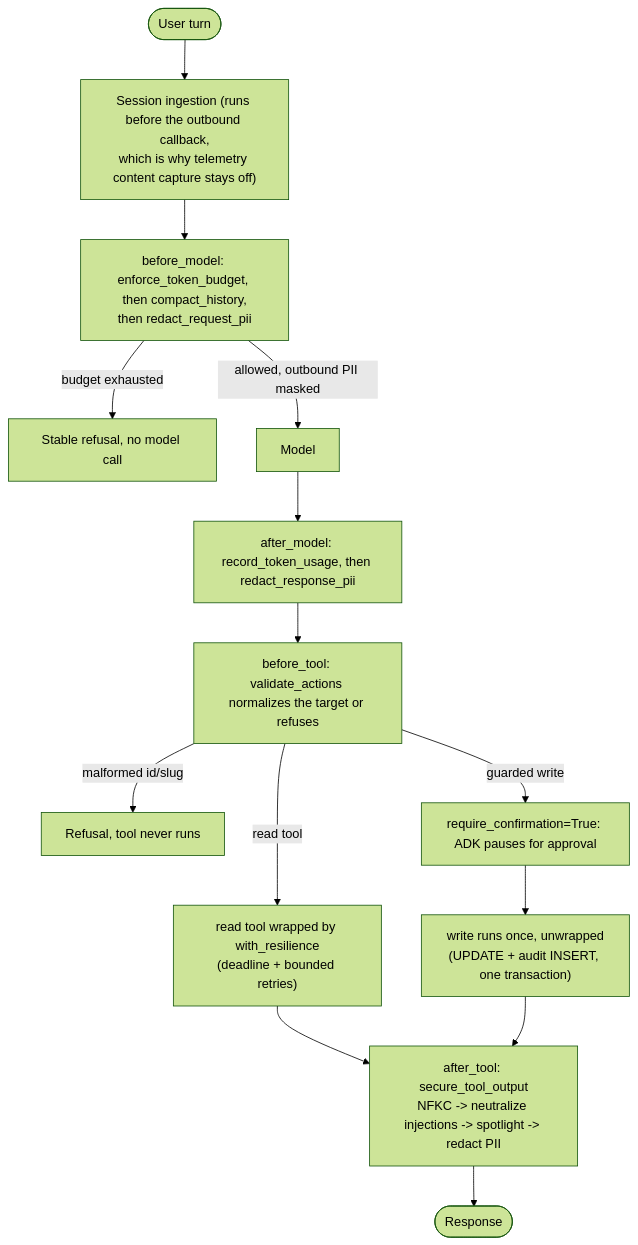
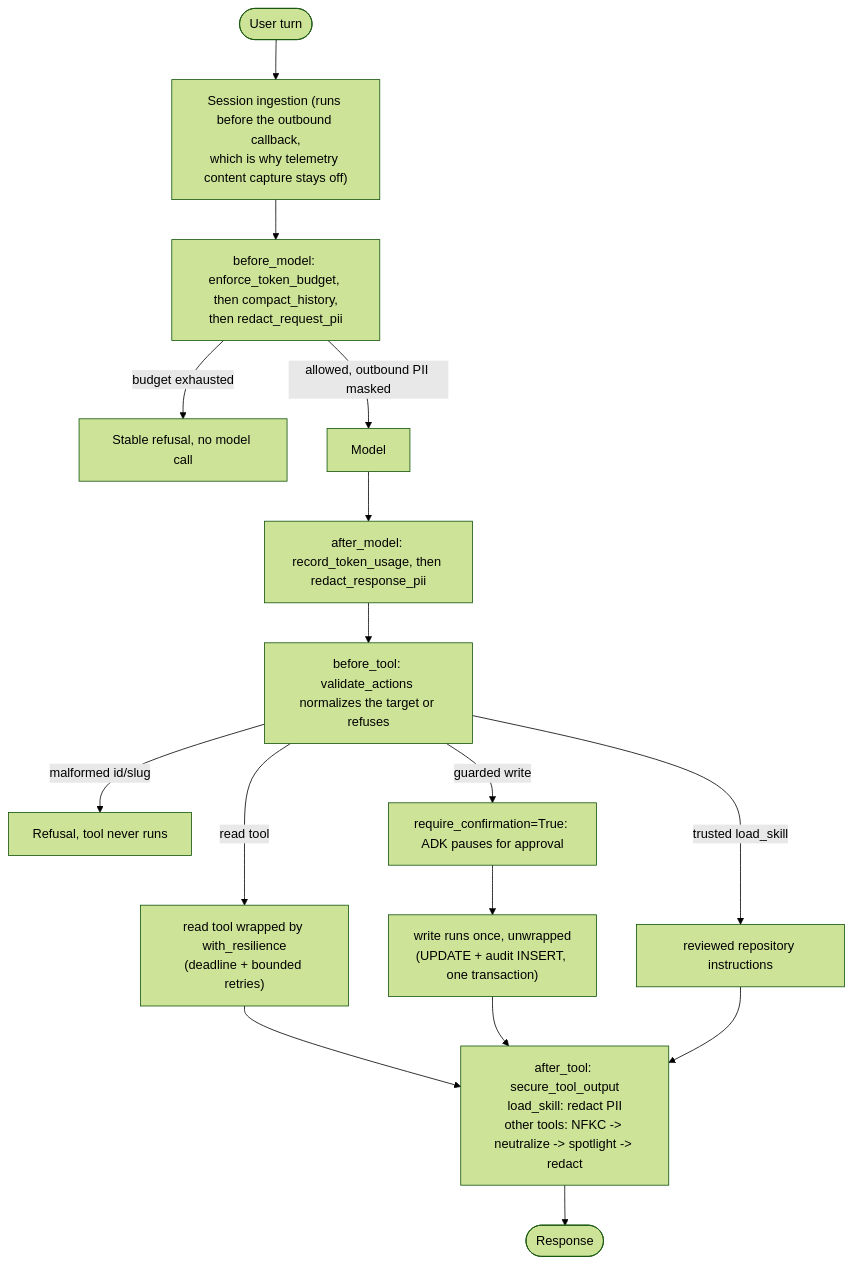
Before and after one commit to LuiGGi629/agentops-open-course: the first of 4 diagrams in docs/4. Quality/4.5. Guardrails.md, drawn with Mermaid (forest theme). The commit also changed other lines of this file and 19 other files, not shown here.

````diff
--- a/docs/4. Quality/4.5. Guardrails.md
+++ b/docs/4. Quality/4.5. Guardrails.md
@@ -25,16 +25,18 @@
 ```mermaid
 flowchart TD
     U([User turn]) --> S["Session ingestion (runs before the outbound callback,<br/>which is why telemetry content capture stays off)"]
     S --> BM["before_model: enforce_token_budget, then compact_history,<br/>then redact_request_pii"]
     BM -->|budget exhausted| X1[Stable refusal, no model call]
     BM -->|allowed, outbound PII masked| M[Model]
     M --> AM["after_model: record_token_usage, then redact_response_pii"]
     AM --> BT["before_tool: validate_actions normalizes the target or refuses"]
     BT -->|malformed id/slug| X2[Refusal, tool never runs]
     BT -->|read tool| RT["read tool wrapped by with_resilience<br/>(deadline + bounded retries)"]
     BT -->|guarded write| CF["require_confirmation=True: ADK pauses for approval"]
+    BT -->|trusted load_skill| SK["reviewed repository instructions"]
     CF --> WR["write runs once, unwrapped<br/>(UPDATE + audit INSERT, one transaction)"]
-    RT --> AT["after_tool: secure_tool_output<br/>NFKC -> neutralize injections -> spotlight -> redact PII"]
+    RT --> AT["after_tool: secure_tool_output<br/>load_skill: redact PII<br/>other tools: NFKC -> neutralize -> spotlight -> redact"]
     WR --> AT
+    SK --> AT
     AT --> R([Response])
 ```
````
